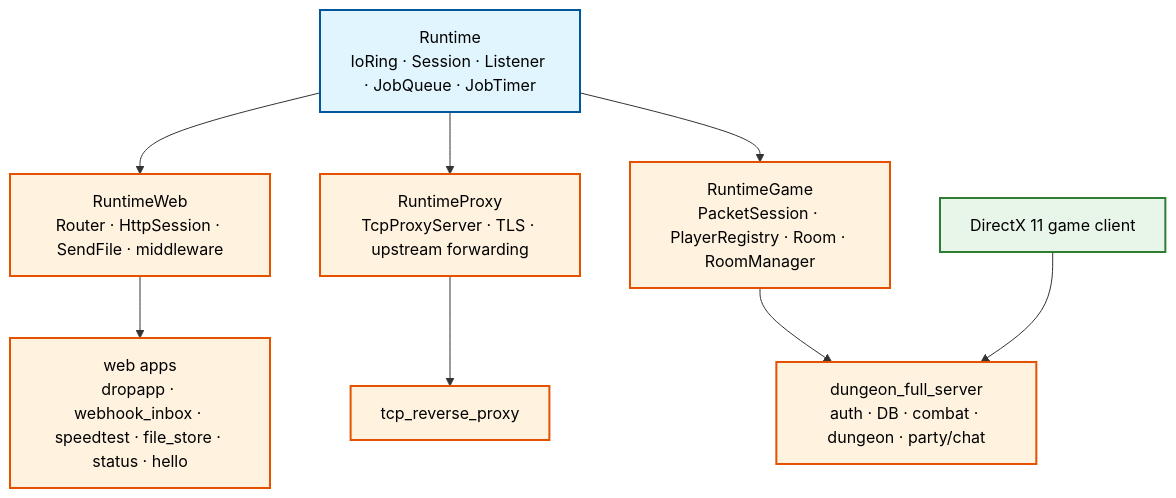
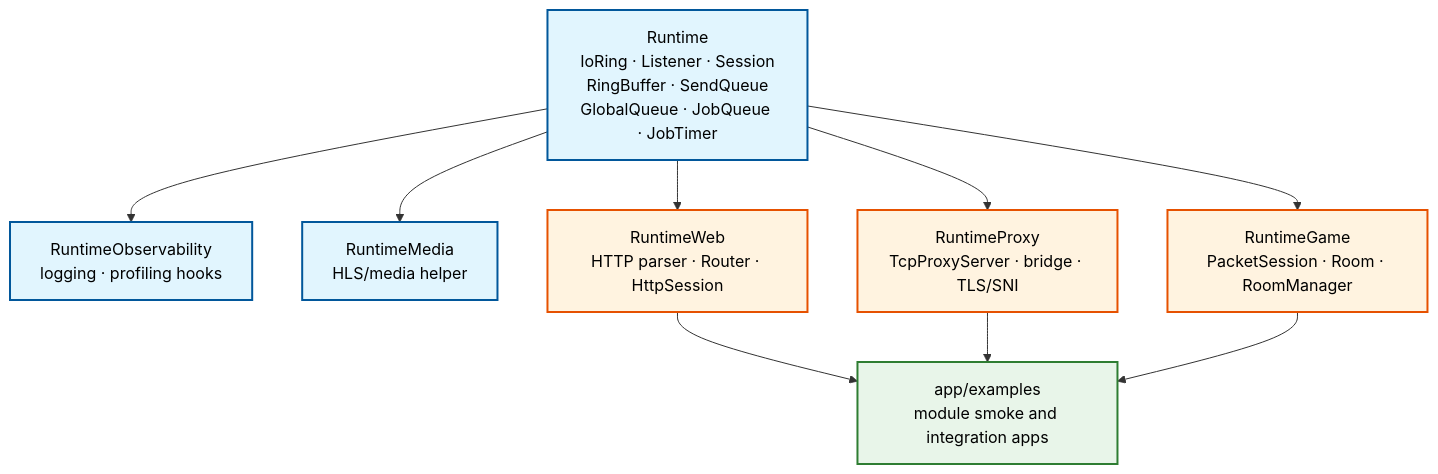
The first of 9 diagrams in docs/server/ServerCorePortfolio.qmd (mint-cocoa/portfolio), drawn with Mermaid before and after one commit. The commit also changed other lines of this file and 4 other files, not shown here.

Commit message:
Refocus server portfolio on runtime core

````diff
--- a/docs/server/ServerCorePortfolio.qmd
+++ b/docs/server/ServerCorePortfolio.qmd
@@ -71,26 +71,26 @@
 ```{mermaid}
 %%| label: fig-runtime-layering
 %%| fig-cap: "io_uring 런타임과 애플리케이션 계층"
 graph TD
     classDef runtime fill:#e1f5fe,stroke:#01579b,stroke-width:2px,color:#000
     classDef app fill:#fff3e0,stroke:#e65100,stroke-width:2px,color:#000
     classDef external fill:#e8f5e9,stroke:#2e7d32,stroke-width:2px,color:#000
 
-    Runtime["Runtime<br/>IoRing · Session · Listener · JobQueue · JobTimer"]:::runtime
+    Core["Runtime<br/>IoRing · Listener · Session<br/>RingBuffer · SendQueue<br/>GlobalQueue · JobQueue · JobTimer"]:::runtime
+    Obs["RuntimeObservability<br/>logging · profiling hooks"]:::runtime
+    Media["RuntimeMedia<br/>HLS/media helper"]:::runtime
 
-    Web["RuntimeWeb<br/>Router · HttpSession · SendFile · middleware"]:::app
-    Proxy["RuntimeProxy<br/>TcpProxyServer · TLS · upstream forwarding"]:::app
-    GameRuntime["RuntimeGame<br/>PacketSession · PlayerRegistry · Room · RoomManager"]:::app
-    WebApps["web apps<br/>dropapp · webhook_inbox · speedtest · file_store · status · hello"]:::app
-    ProxyApp["tcp_reverse_proxy"]:::app
-    GameServer["dungeon_full_server<br/>auth · DB · combat · dungeon · party/chat"]:::app
-    Client["DirectX 11 game client"]:::external
+    Web["RuntimeWeb<br/>HTTP parser · Router · HttpSession"]:::app
+    Proxy["RuntimeProxy<br/>TcpProxyServer · bridge · TLS/SNI"]:::app
+    GameRuntime["RuntimeGame<br/>PacketSession · Room · RoomManager"]:::app
+    Examples["app/examples<br/>module smoke and integration apps"]:::external
 
-    Runtime --> Web
-    Runtime --> Proxy
-    Runtime --> GameRuntime
-    Web --> WebApps
-    Proxy --> ProxyApp
-    GameRuntime --> GameServer
-    Client --> GameServer
+    Core --> Obs
+    Core --> Media
+    Core --> Web
+    Core --> Proxy
+    Core --> GameRuntime
+    Web --> Examples
+    Proxy --> Examples
+    GameRuntime --> Examples
 ```
````
